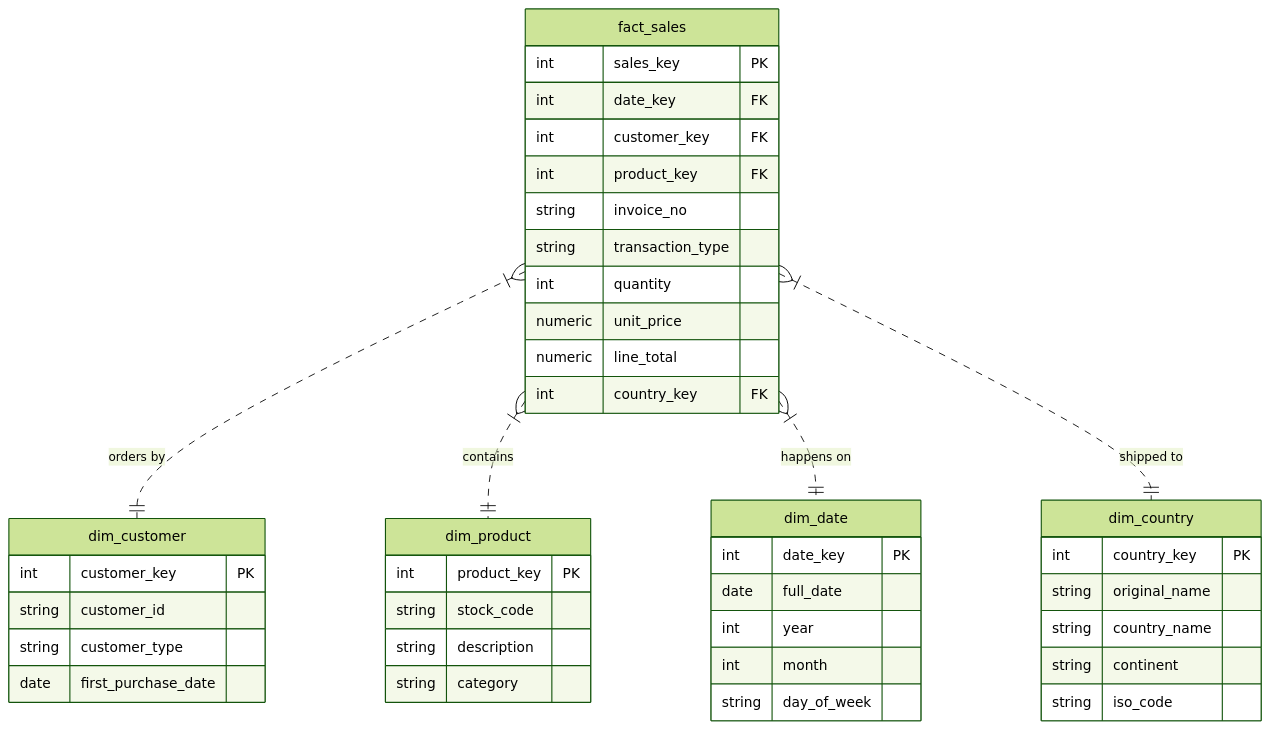
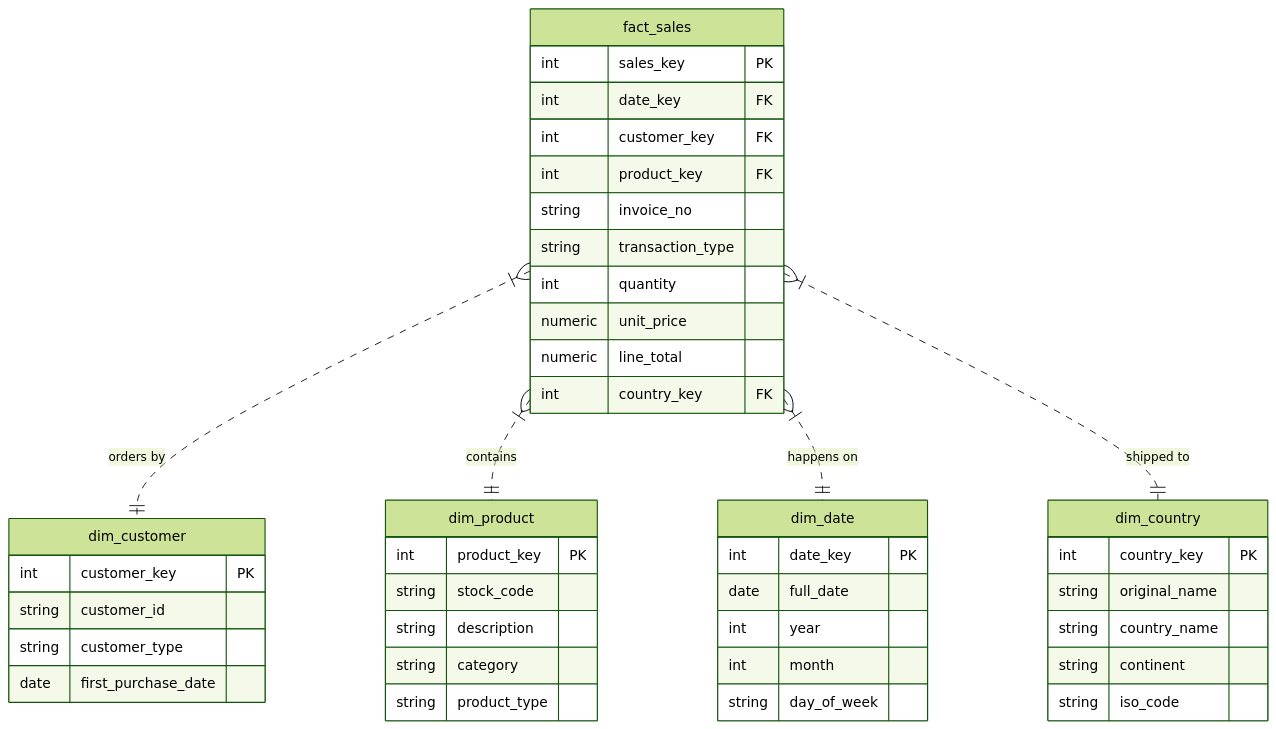
One commit to kadusic1/BI-Project changed the diagram in docs/02_dwh_schema.md. Above: the diagram before and after it, drawn with Mermaid (forest theme). The commit also changed other lines of this file and 2 other files, not shown here.

Commit message:
feat: product_type ELT

````diff
--- a/docs/02_dwh_schema.md
+++ b/docs/02_dwh_schema.md
@@ -8,50 +8,51 @@
 ```mermaid
 erDiagram
     fact_sales {
         int sales_key PK
         int date_key FK
         int customer_key FK
         int product_key FK
         string invoice_no
         string transaction_type
         int quantity
         numeric unit_price
         numeric line_total
         int country_key FK
     }
 
     dim_customer {
         int customer_key PK
         string customer_id
         string customer_type
         date first_purchase_date
     }
 
     dim_product {
         int product_key PK
         string stock_code
         string description
         string category
+        string product_type
     }
 
     dim_date {
         int date_key PK
         date full_date
         int year
         int month
         string day_of_week
     }
 
     dim_country {
         int country_key PK
         string original_name
         string country_name
         string continent
         string iso_code
     }
 
     fact_sales }|..|| dim_customer : "orders by"
     fact_sales }|..|| dim_product : "contains"
     fact_sales }|..|| dim_date : "happens on"
     fact_sales }|..|| dim_country : "shipped to"
 ```
````
